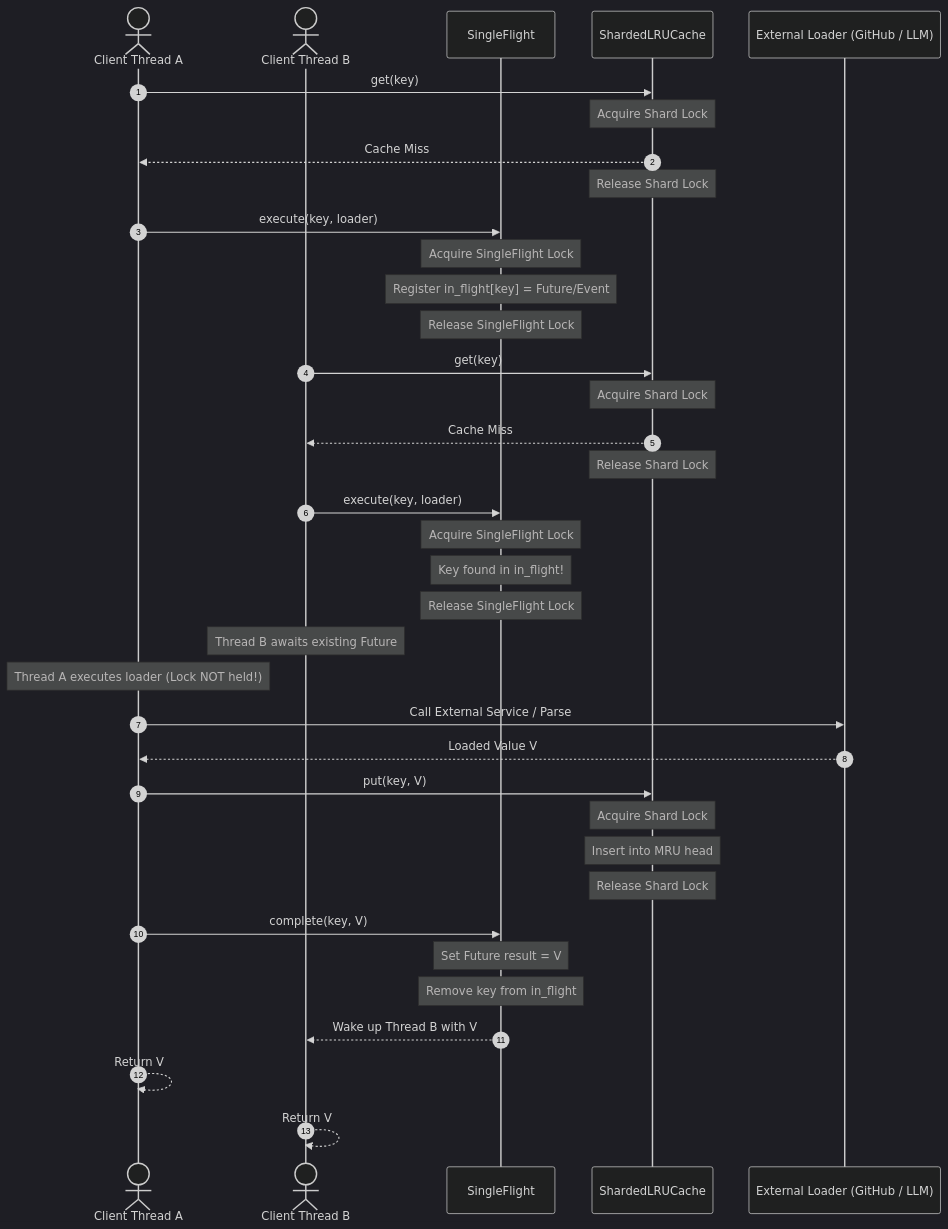
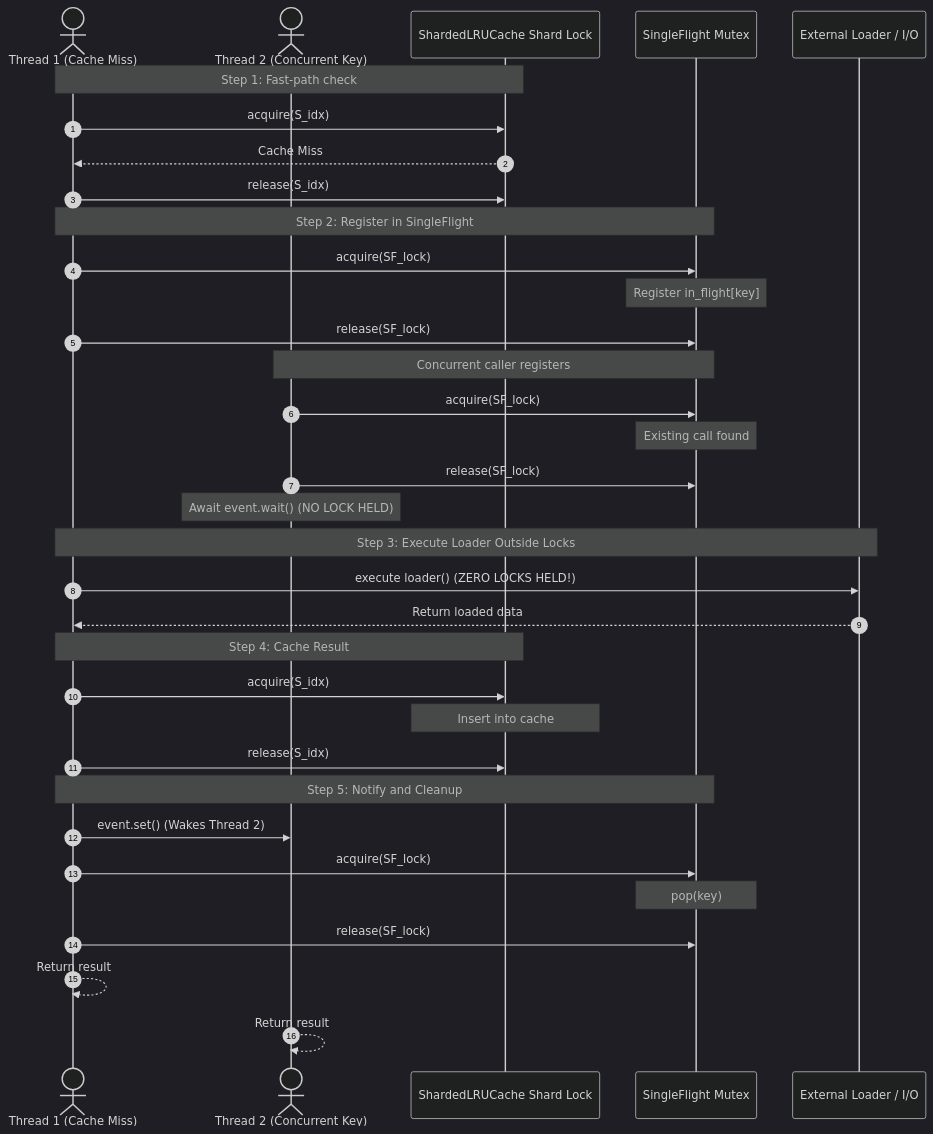
Before and after one commit to SVSS13/ResumeScreening: the diagram in docs/design.md, drawn with Mermaid (dark theme). The commit also changed other lines of this file and 91 other files, not shown here.

````diff
--- a/docs/design.md
+++ b/docs/design.md
@@ -73,46 +95,42 @@
 ```mermaid
 sequenceDiagram
     autonumber
-    actor Thread1 as Client Thread A
-    actor Thread2 as Client Thread B
-    participant SF as SingleFlight
-    participant Shard as ShardedLRUCache
-    participant Upstream as External Loader (GitHub / LLM)
+    actor T1 as Thread 1 (Cache Miss)
+    actor T2 as Thread 2 (Concurrent Key)
+    participant Shard as ShardedLRUCache Shard Lock
+    participant SF as SingleFlight Mutex
+    participant Upstream as External Loader / I/O
 
-    Thread1->>Shard: get(key)
-    Note over Shard: Acquire Shard Lock
-    Shard-->>Thread1: Cache Miss
-    Note over Shard: Release Shard Lock
+    Note over T1,Shard: Step 1: Fast-path check
+    T1->>Shard: acquire(S_idx)
+    Shard-->>T1: Cache Miss
+    T1->>Shard: release(S_idx)
 
-    Thread1->>SF: execute(key, loader)
-    Note over SF: Acquire SingleFlight Lock
-    Note over SF: Register in_flight[key] = Future/Event
-    Note over SF: Release SingleFlight Lock
+    Note over T1,SF: Step 2: Register in SingleFlight
+    T1->>SF: acquire(SF_lock)
+    Note over SF: Register in_flight[key]
+    T1->>SF: release(SF_lock)
 
-    Thread2->>Shard: get(key)
-    Note over Shard: Acquire Shard Lock
-    Shard-->>Thread2: Cache Miss
-    Note over Shard: Release Shard Lock
+    Note over T2,SF: Concurrent caller registers
+    T2->>SF: acquire(SF_lock)
+    Note over SF: Existing call found
+    T2->>SF: release(SF_lock)
+    Note over T2: Await event.wait() (NO LOCK HELD)
 
-    Thread2->>SF: execute(key, loader)
-    Note over SF: Acquire SingleFlight Lock
-    Note over SF: Key found in in_flight!
-    Note over SF: Release SingleFlight Lock
-    Note over Thread2: Thread B awaits existing Future
+    Note over T1,Upstream: Step 3: Execute Loader Outside Locks
+    T1->>Upstream: execute loader() (ZERO LOCKS HELD!)
+    Upstream-->>T1: Return loaded data
 
-    Note over Thread1: Thread A executes loader (Lock NOT held!)
-    Thread1->>Upstream: Call External Service / Parse
-    Upstream-->>Thread1: Loaded Value V
+    Note over T1,Shard: Step 4: Cache Result
+    T1->>Shard: acquire(S_idx)
+    Note over Shard: Insert into cache
+    T1->>Shard: release(S_idx)
 
-    Thread1->>Shard: put(key, V)
-    Note over Shard: Acquire Shard Lock
-    Note over Shard: Insert into MRU head
-    Note over Shard: Release Shard Lock
-
-    Thread1->>SF: complete(key, V)
-    Note over SF: Set Future result = V
-    Note over SF: Remove key from in_flight
-    SF-->>Thread2: Wake up Thread B with V
-    Thread1-->>Thread1: Return V
-    Thread2-->>Thread2: Return V
+    Note over T1,SF: Step 5: Notify and Cleanup
+    T1->>T2: event.set() (Wakes Thread 2)
+    T1->>SF: acquire(SF_lock)
+    Note over SF: pop(key)
+    T1->>SF: release(SF_lock)
+    T1-->>T1: Return result
+    T2-->>T2: Return result
 ```
````
